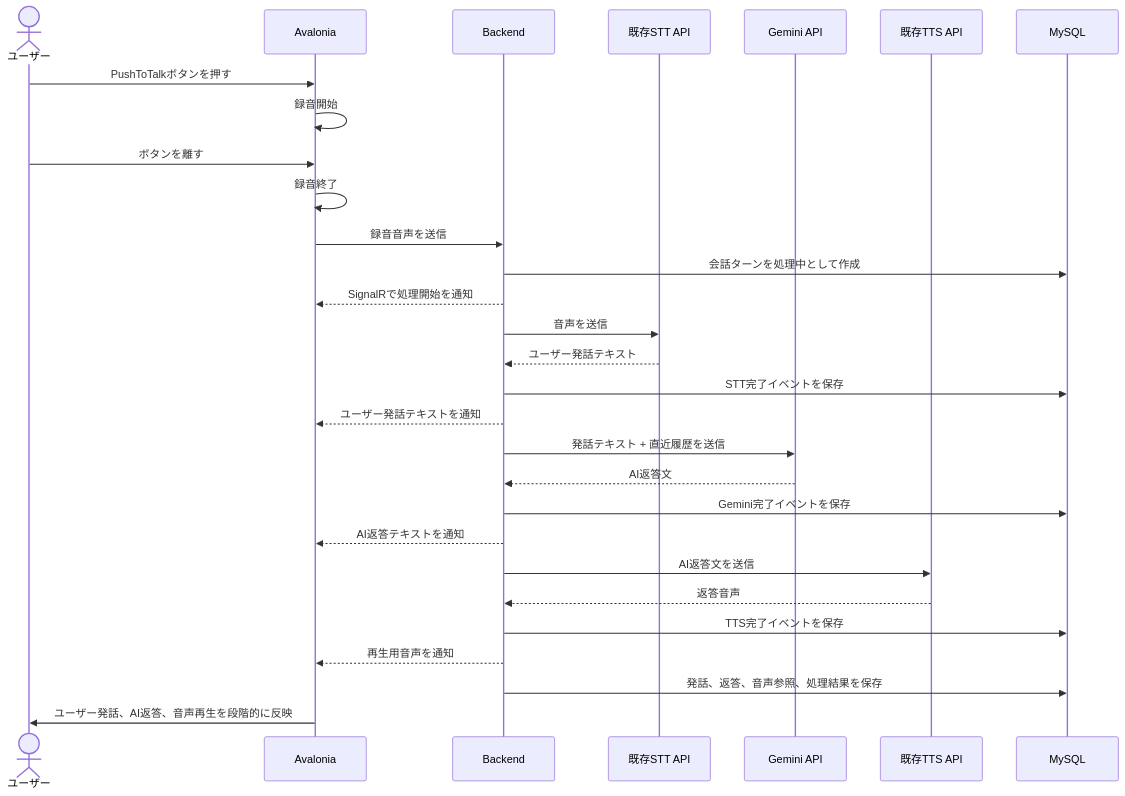
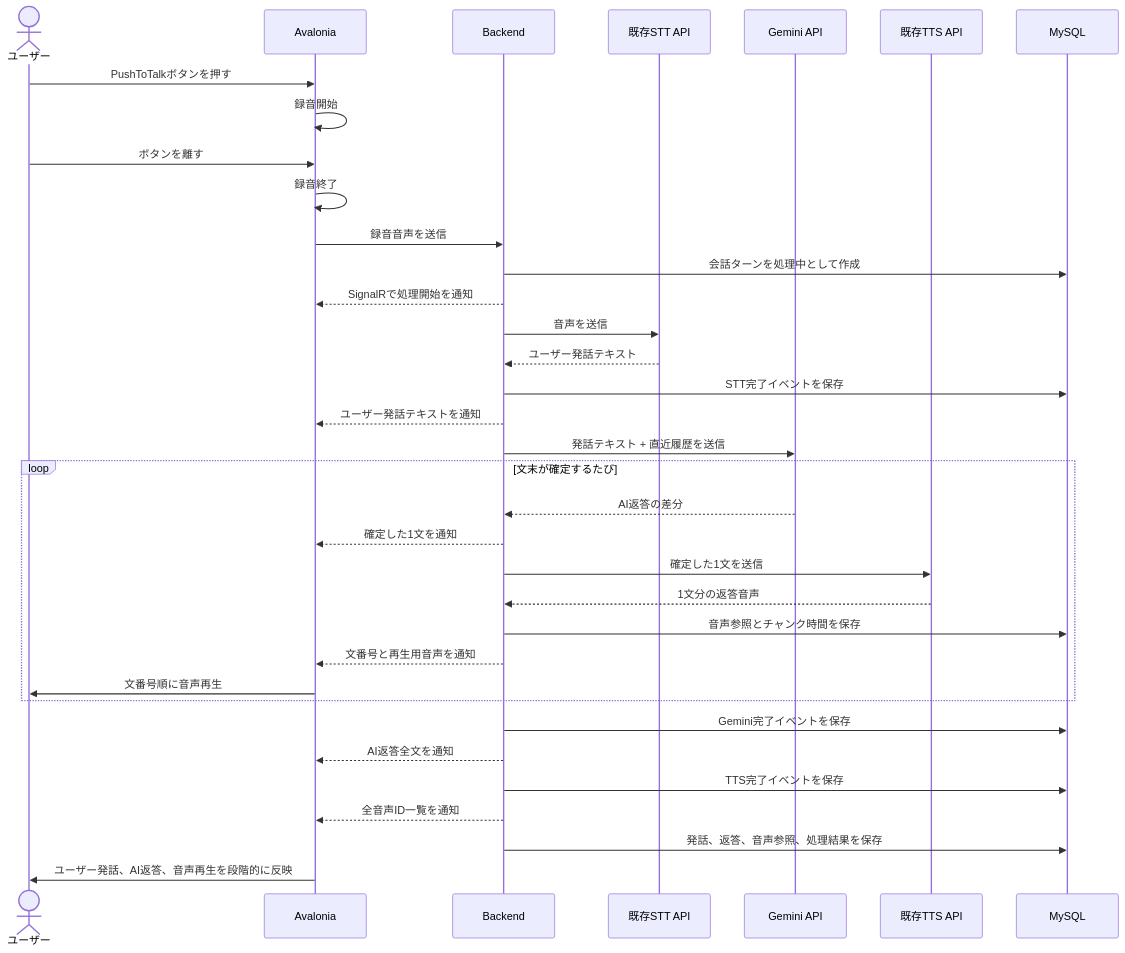
Before and after one commit to kinoyoupy/STSApp: the second of 3 diagrams in STSsys_Document.md, drawn with Mermaid. The commit also changed other lines of this file and 30 other files, not shown here.

````diff
--- a/STSsys_Document.md
+++ b/STSsys_Document.md
@@ -117,32 +117,38 @@
 ```mermaid
 sequenceDiagram
     actor User as ユーザー
     participant App as Avalonia
     participant Backend as Backend
     participant STT as 既存STT API
     participant Gemini as Gemini API
     participant TTS as 既存TTS API
     participant DB as MySQL
 
     User->>App: PushToTalkボタンを押す
     App->>App: 録音開始
     User->>App: ボタンを離す
     App->>App: 録音終了
     App->>Backend: 録音音声を送信
     Backend->>DB: 会話ターンを処理中として作成
     Backend-->>App: SignalRで処理開始を通知
     Backend->>STT: 音声を送信
     STT-->>Backend: ユーザー発話テキスト
     Backend->>DB: STT完了イベントを保存
     Backend-->>App: ユーザー発話テキストを通知
     Backend->>Gemini: 発話テキスト + 直近履歴を送信
-    Gemini-->>Backend: AI返答文
+    loop 文末が確定するたび
+        Gemini-->>Backend: AI返答の差分
+        Backend-->>App: 確定した1文を通知
+        Backend->>TTS: 確定した1文を送信
+        TTS-->>Backend: 1文分の返答音声
+        Backend->>DB: 音声参照とチャンク時間を保存
+        Backend-->>App: 文番号と再生用音声を通知
+        App->>User: 文番号順に音声再生
+    end
     Backend->>DB: Gemini完了イベントを保存
-    Backend-->>App: AI返答テキストを通知
-    Backend->>TTS: AI返答文を送信
-    TTS-->>Backend: 返答音声
+    Backend-->>App: AI返答全文を通知
     Backend->>DB: TTS完了イベントを保存
-    Backend-->>App: 再生用音声を通知
+    Backend-->>App: 全音声ID一覧を通知
     Backend->>DB: 発話、返答、音声参照、処理結果を保存
     App->>User: ユーザー発話、AI返答、音声再生を段階的に反映
 ```
````
